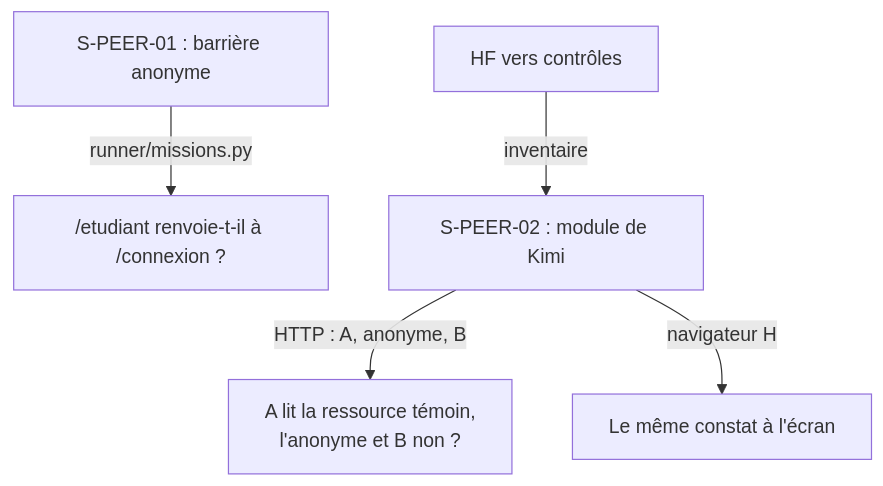
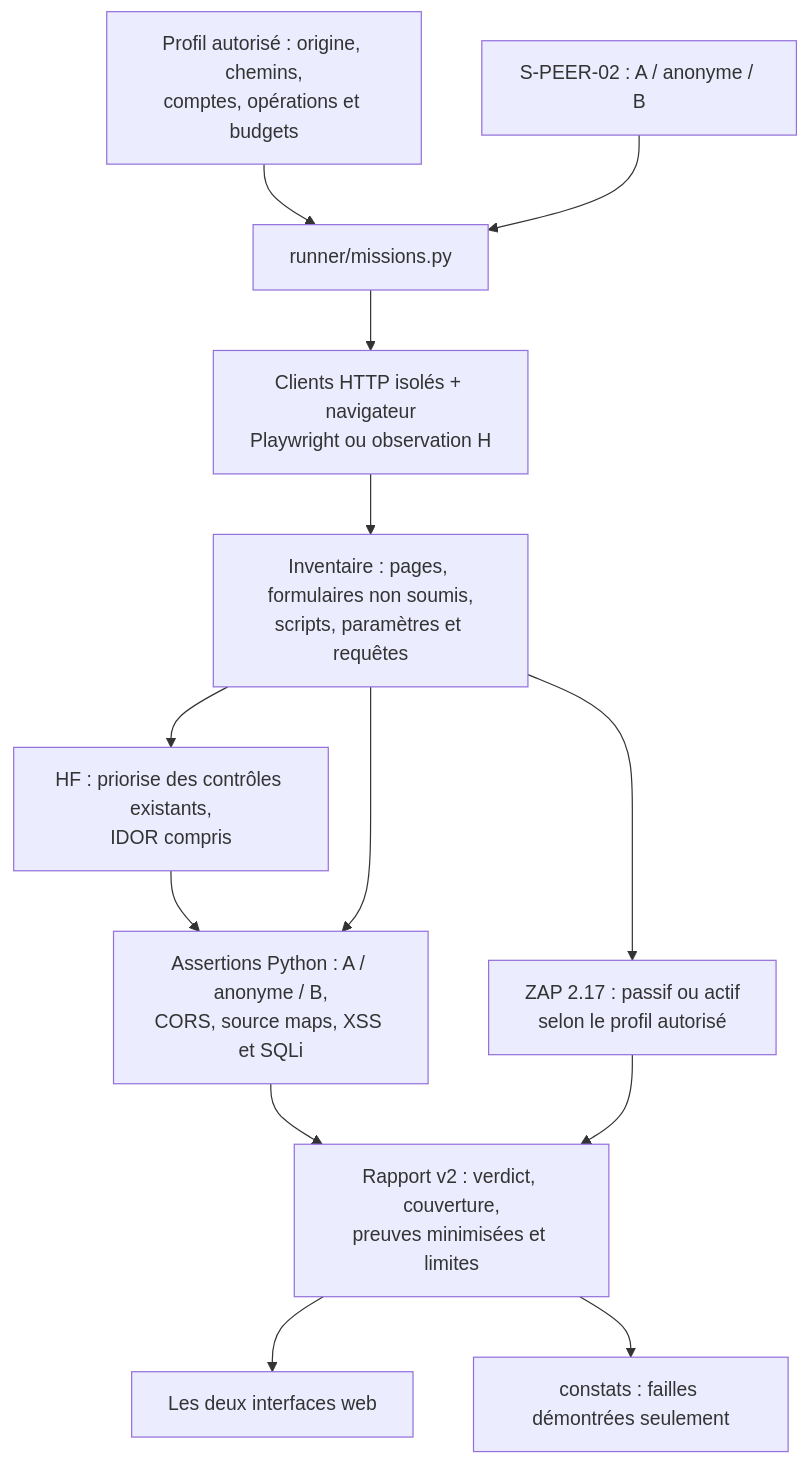
One commit to jkinvi-byte/hsentinel-alertes changed the seventh of 9 diagrams in ARCHITECTURE.md. Above: the diagram before and after it, drawn with Mermaid. The commit also changed other lines of this file and 50 other files, not shown here.

First line of the commit message:
Publie le travail fini de Kimi : scanner black-box, S-PEER-02 dans la console, matrice IDOR (D-54)

````diff
--- a/ARCHITECTURE.md
+++ b/ARCHITECTURE.md
@@ -195,7 +198,15 @@
 ```mermaid
 flowchart TD
-  S1["S-PEER-01 : barrière anonyme"] -- "runner/missions.py" --> R1["/etudiant renvoie-t-il à /connexion ?"]
-  HP["HF vers contrôles"] -- "inventaire" --> S2["S-PEER-02 : module de Kimi"]
-  S2 -- "HTTP : A, anonyme, B" --> R2["A lit la ressource témoin,<br/>l'anonyme et B non ?"]
-  S2 -- "navigateur H" --> R3["Le même constat à l'écran"]
+  P["Profil autorisé : origine, chemins,<br/>comptes, opérations et budgets"] --> M["runner/missions.py"]
+  M --> C["Clients HTTP isolés + navigateur<br/>Playwright ou observation H"]
+  C --> I["Inventaire : pages, formulaires non soumis,<br/>scripts, paramètres et requêtes"]
+  I --> HF["HF : priorise des contrôles existants,<br/>IDOR compris"]
+  HF --> A["Assertions Python : A / anonyme / B,<br/>CORS, source maps, XSS et SQLi"]
+  I --> A
+  I --> Z["ZAP 2.17 : passif ou actif<br/>selon le profil autorisé"]
+  A --> R["Rapport v2 : verdict, couverture,<br/>preuves minimisées et limites"]
+  Z --> R
+  R --> W["Les deux interfaces web"]
+  R --> T["constats : failles démontrées seulement"]
+  S2["S-PEER-02 : A / anonyme / B"] --> M
 ```
````
